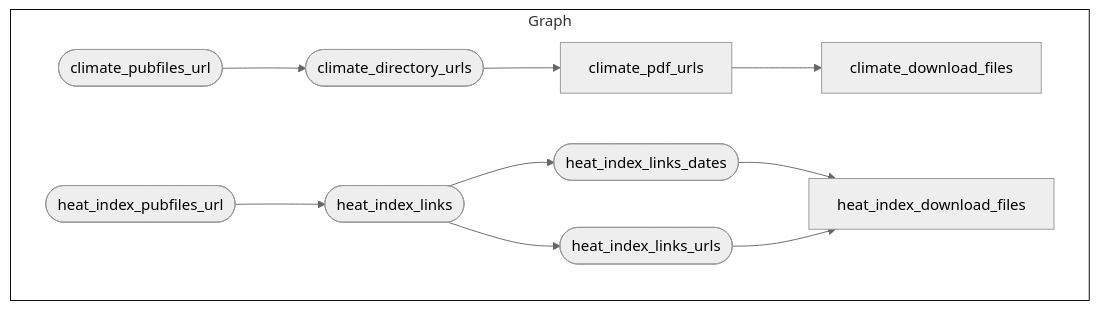
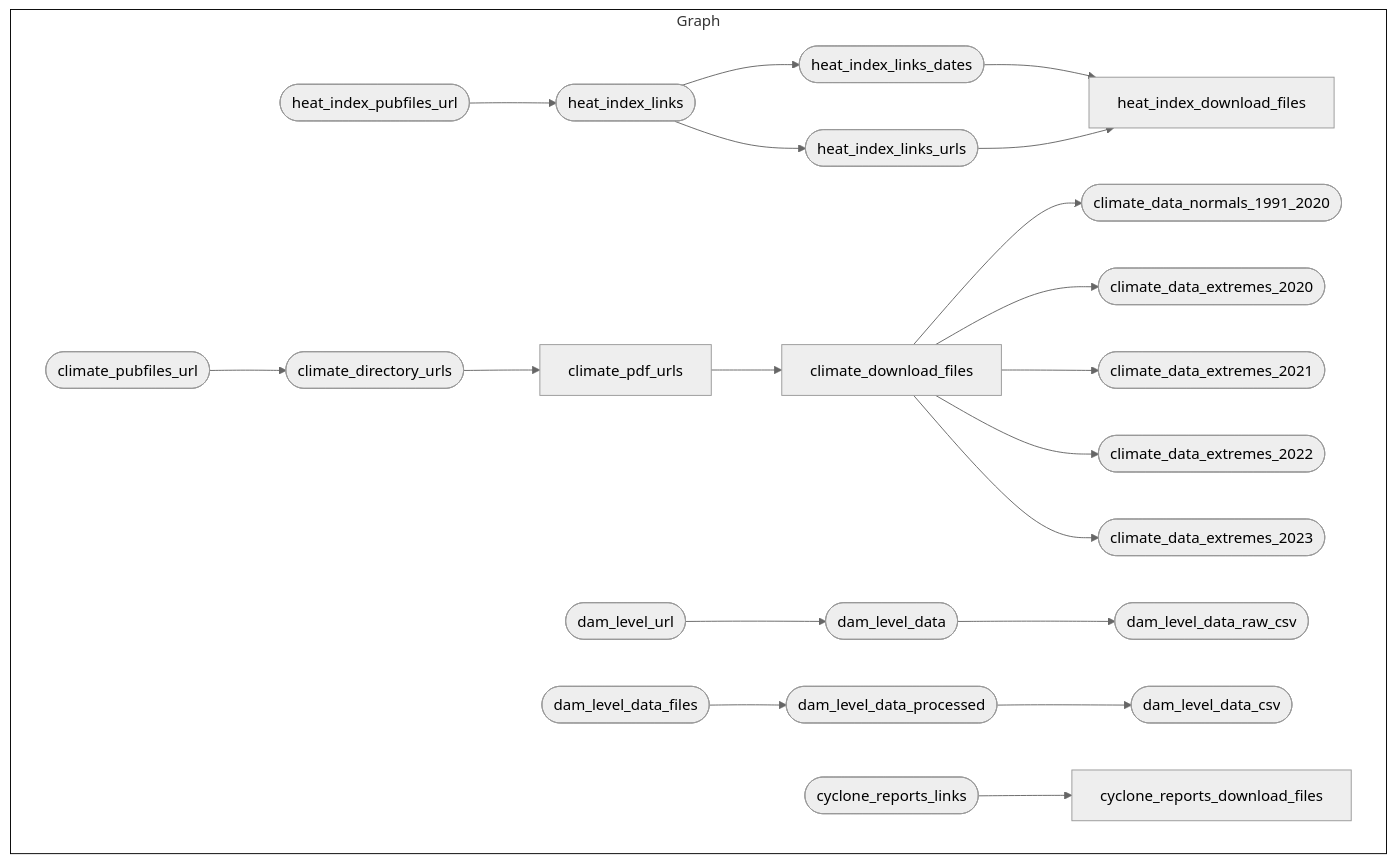
One commit to panukatan/paglaom changed the first of 2 diagrams in README.md. Above: the diagram before and after it, drawn with Mermaid (neutral theme). The commit also changed other lines of this file and 5 other files, not shown here.

````diff
--- a/README.md
+++ b/README.md
@@ -191,15 +189,25 @@
 ``` mermaid
 graph LR
   style Graph fill:#FFFFFF00,stroke:#000000;
   subgraph Graph
     direction LR
-    x56bd7c118ed46a38(["heat_index_links"]):::outdated --> x113a83dcec46090f(["heat_index_links_urls"]):::outdated
-    x567709ab5f0adc71(["heat_index_pubfiles_url"]):::uptodate --> x56bd7c118ed46a38(["heat_index_links"]):::outdated
-    xb48a3b157c96bffd(["climate_pubfiles_url"]):::uptodate --> xa37a01adfb45bd68(["climate_directory_urls"]):::uptodate
-    x26b861c7a0a21b52["climate_pdf_urls"]:::uptodate --> xc044beb81380bb4a["climate_download_files"]:::uptodate
     xc432bd4e21a7b9fa(["heat_index_links_dates"]):::outdated --> x4f749438c4164b8e["heat_index_download_files"]:::outdated
     x113a83dcec46090f(["heat_index_links_urls"]):::outdated --> x4f749438c4164b8e["heat_index_download_files"]:::outdated
+    xc044beb81380bb4a["climate_download_files"]:::uptodate --> x42da7c0722c063a6(["climate_data_normals_1991_2020"]):::outdated
+    x567709ab5f0adc71(["heat_index_pubfiles_url"]):::uptodate --> x56bd7c118ed46a38(["heat_index_links"]):::outdated
+    x56bd7c118ed46a38(["heat_index_links"]):::outdated --> x113a83dcec46090f(["heat_index_links_urls"]):::outdated
+    xc77bb431ac7c3081(["dam_level_url"]):::uptodate --> x0de96327cc07b160(["dam_level_data"]):::outdated
+    xa37a01adfb45bd68(["climate_directory_urls"]):::uptodate --> x26b861c7a0a21b52["climate_pdf_urls"]:::uptodate
     x56bd7c118ed46a38(["heat_index_links"]):::outdated --> xc432bd4e21a7b9fa(["heat_index_links_dates"]):::outdated
-    xa37a01adfb45bd68(["climate_directory_urls"]):::uptodate --> x26b861c7a0a21b52["climate_pdf_urls"]:::uptodate
+    xc044beb81380bb4a["climate_download_files"]:::uptodate --> xe06460aefd475ca2(["climate_data_extremes_2020"]):::outdated
+    xc044beb81380bb4a["climate_download_files"]:::uptodate --> xc83b489a1c433852(["climate_data_extremes_2021"]):::outdated
+    xc044beb81380bb4a["climate_download_files"]:::uptodate --> x9b64b30afbfc8ff9(["climate_data_extremes_2022"]):::outdated
+    xc044beb81380bb4a["climate_download_files"]:::uptodate --> xf620d5783ff15609(["climate_data_extremes_2023"]):::outdated
+    xb48a3b157c96bffd(["climate_pubfiles_url"]):::uptodate --> xa37a01adfb45bd68(["climate_directory_urls"]):::uptodate
+    x0de96327cc07b160(["dam_level_data"]):::outdated --> x202d34e7af3ea1c1(["dam_level_data_raw_csv"]):::outdated
+    xd2c3c65ab78d2c70(["dam_level_data_processed"]):::uptodate --> xfa0b497de91938bb(["dam_level_data_csv"]):::outdated
+    x7255575025352eb6(["dam_level_data_files"]):::uptodate --> xd2c3c65ab78d2c70(["dam_level_data_processed"]):::uptodate
+    x6f87cfcc96bb274d(["cyclone_reports_links"]):::outdated --> x1cf596d0c4f824b5["cyclone_reports_download_files"]:::outdated
+    x26b861c7a0a21b52["climate_pdf_urls"]:::uptodate --> xc044beb81380bb4a["climate_download_files"]:::uptodate
   end
 ```
````
